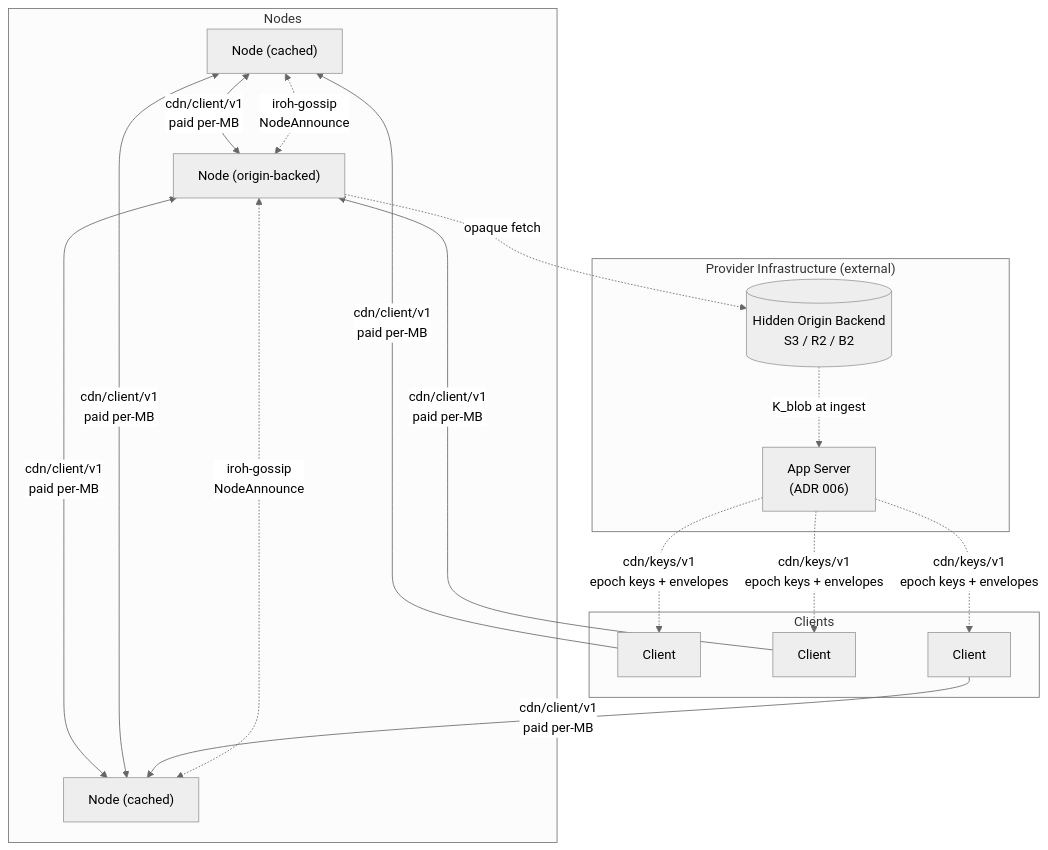
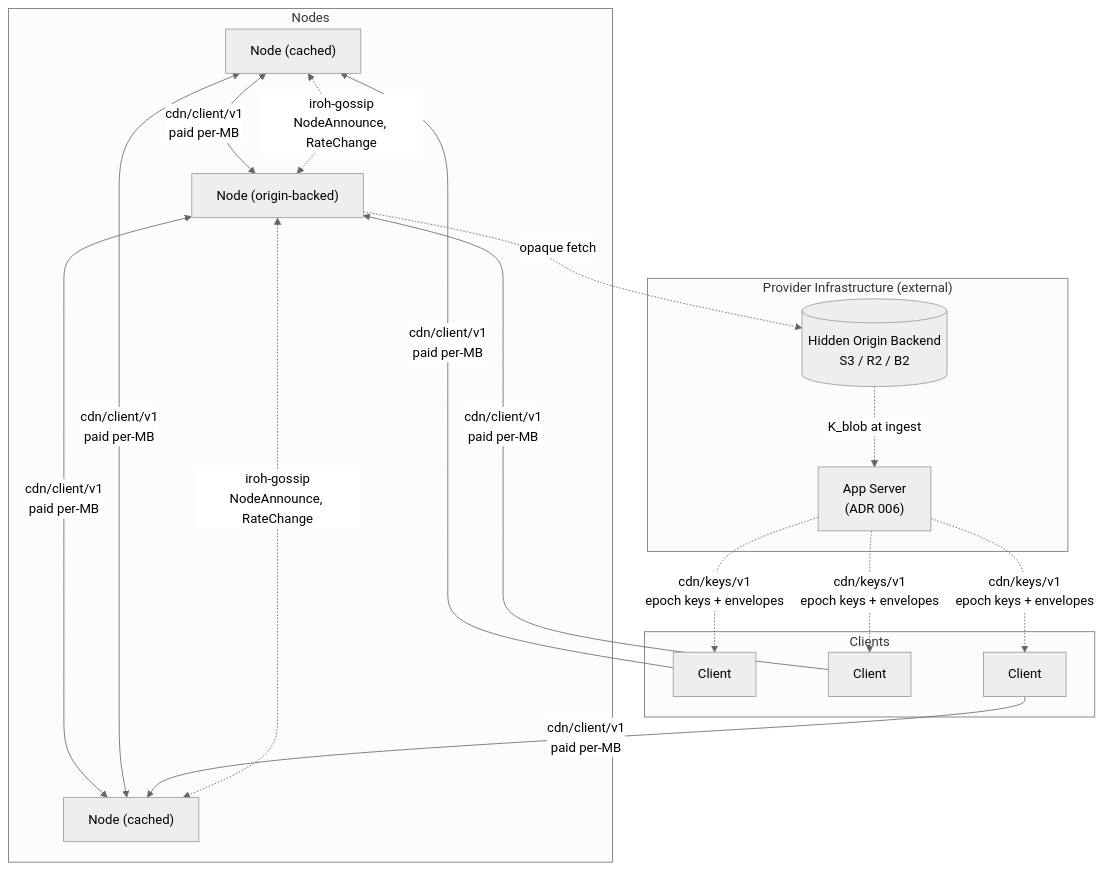
The first of 3 diagrams in adr/architecture.md (decdn/decdn), drawn with Mermaid (neutral theme) before and after one commit. The commit also changed other lines of this file and 3 other files, not shown here.

````diff
--- a/adr/architecture.md
+++ b/adr/architecture.md
@@ -21,37 +21,37 @@
 ```mermaid
 graph TD
     subgraph Nodes
         N1["Node (cached)"]
         N2["Node (origin-backed)"]
         N3["Node (cached)"]
     end
 
     subgraph Clients
         C1[Client]
         C2[Client]
         C3[Client]
     end
 
     subgraph "Provider Infrastructure (external)"
         S3[("Hidden Origin Backend<br/>S3 / R2 / B2")]
         A["App Server<br/>(ADR 006)"]
     end
 
     N1 <-->|"cdn/client/v1<br/>paid per-MB"| N2
     N2 <-->|"cdn/client/v1<br/>paid per-MB"| N3
     N1 <-->|"cdn/client/v1<br/>paid per-MB"| N3
 
     C1 -->|"cdn/client/v1<br/>paid per-MB"| N1
     C2 -->|"cdn/client/v1<br/>paid per-MB"| N2
     C3 -->|"cdn/client/v1<br/>paid per-MB"| N3
 
     N2 -.->|opaque fetch| S3
 
-    N1 <-.->|"iroh-gossip<br/>NodeAnnounce"| N2
-    N2 <-.->|"iroh-gossip<br/>NodeAnnounce"| N3
+    N1 <-.->|"iroh-gossip<br/>NodeAnnounce, RateChange"| N2
+    N2 <-.->|"iroh-gossip<br/>NodeAnnounce, RateChange"| N3
 
     S3 -.->|"K_blob at ingest"| A
     A -.->|"cdn/keys/v1<br/>epoch keys + envelopes"| C1
     A -.->|"cdn/keys/v1<br/>epoch keys + envelopes"| C2
     A -.->|"cdn/keys/v1<br/>epoch keys + envelopes"| C3
 ```
````
